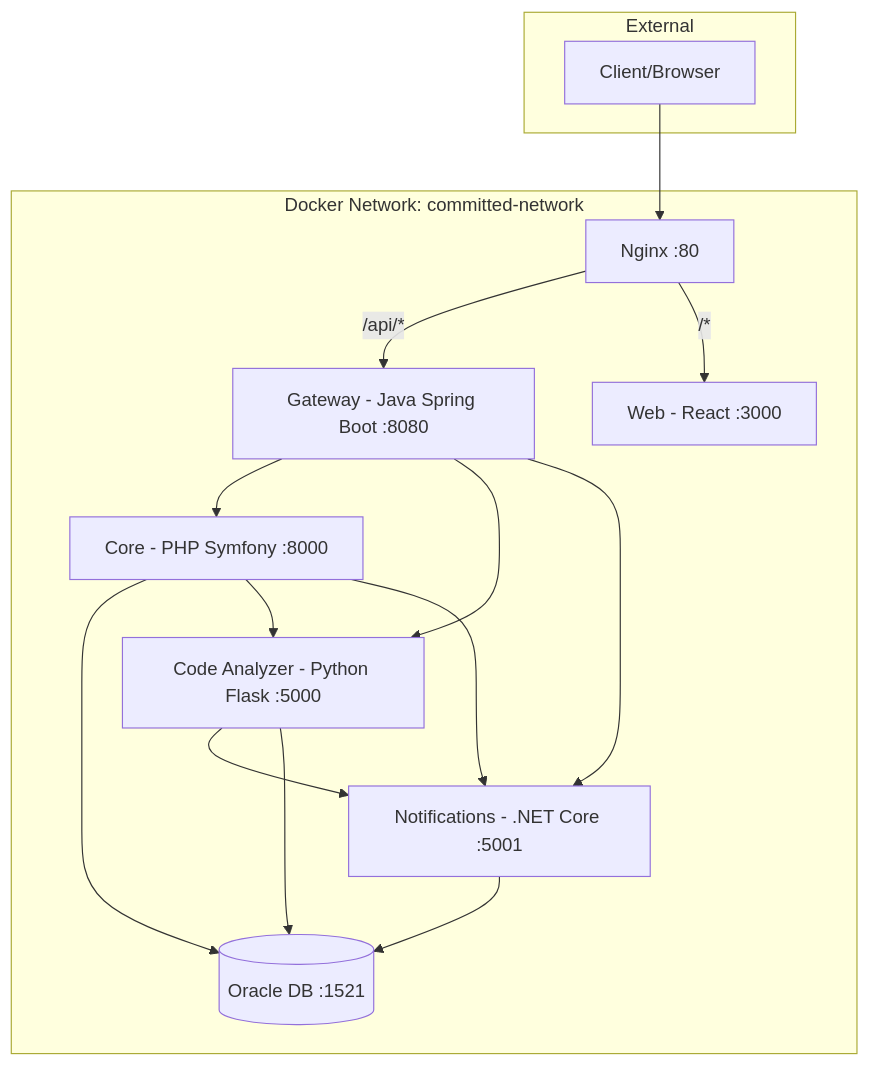
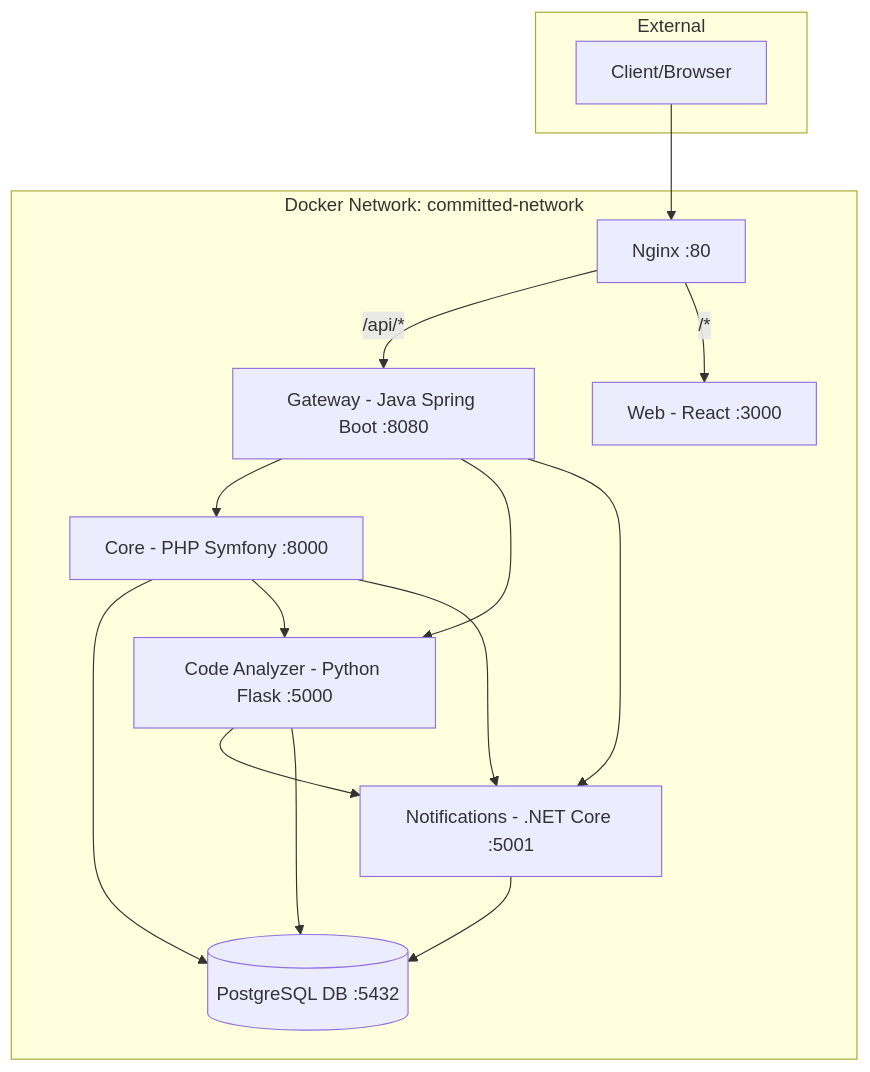
Before and after one commit to IdrissiYouness/committed: the diagram in plans/project-initialization-plan.md, drawn with Mermaid. The commit also changed other lines of this file and 59 other files, not shown here.

Commit message:
feat(core-db): migrate from Oracle to Postgres

````diff
--- a/plans/project-initialization-plan.md
+++ b/plans/project-initialization-plan.md
@@ -11,29 +11,29 @@
 ```mermaid
 flowchart TB
     subgraph External
         Client[Client/Browser]
     end
-    
+
     subgraph Docker Network: committed-network
         Nginx[Nginx :80]
         Gateway[Gateway - Java Spring Boot :8080]
         Core[Core - PHP Symfony :8000]
         Analyzer[Code Analyzer - Python Flask :5000]
         Notifications[Notifications - .NET Core :5001]
         Web[Web - React :3000]
-        Oracle[(Oracle DB :1521)]
+        PostgreSQL[(PostgreSQL DB :5432)]
     end
-    
+
     Client --> Nginx
     Nginx -->|/api/*| Gateway
     Nginx -->|/*| Web
     Gateway --> Core
     Gateway --> Analyzer
     Gateway --> Notifications
-    Core --> Oracle
+    Core --> PostgreSQL
     Core --> Analyzer
     Core --> Notifications
     Analyzer --> Notifications
-    Analyzer --> Oracle
-    Notifications --> Oracle
+    Analyzer --> PostgreSQL
+    Notifications --> PostgreSQL
 ```
````
